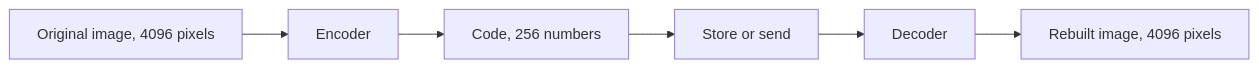
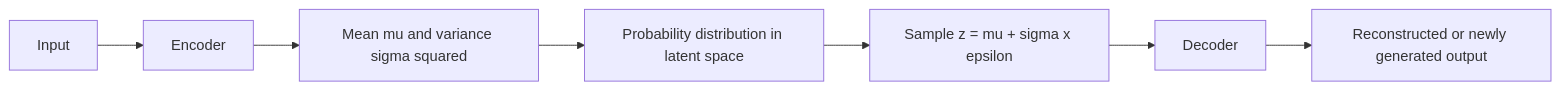
The fourth of 4 diagrams in content/deep-learning/notes/autoencoders.mdx (TrendySloth1001/sem-seven-notes), drawn with Mermaid before and after one commit. The commit also changed other lines of this file and 254 other files, not shown here.

Commit message:
Rewrite the backpropagation, gradient descent, regularization and autoencoder notes and their 29 answers from the teachers' class files. They use 185 teacher figures with class-notes citations only, and correct the AdaGrad, RMSProp, Nesterov and batch-norm numbers on the slides.

````diff
--- a/content/deep-learning/notes/autoencoders.mdx
+++ b/content/deep-learning/notes/autoencoders.mdx
@@ -377,9 +819,10 @@
 ```mermaid
-%% caption: Image compression with an autoencoder. Only the short code is stored or sent; the receiver needs the trained decoder to rebuild an approximate image.
+%% caption: The flow of a variational autoencoder. The key idea is learn a distribution, sample from it, decode, and so generate new data.
 flowchart LR
-  A["Original image, 4096 pixels"] --> B["Encoder"]
-  B --> C["Code, 256 numbers"]
-  C --> D["Store or send"]
-  D --> E["Decoder"]
-  E --> F["Rebuilt image, 4096 pixels"]
+  A["Input"] --> B["Encoder"]
+  B --> C["Mean mu and variance sigma squared"]
+  C --> D["Probability distribution in latent space"]
+  D --> E["Sample z = mu + sigma x epsilon"]
+  E --> F["Decoder"]
+  F --> G["Reconstructed or newly generated output"]
 ```
````
